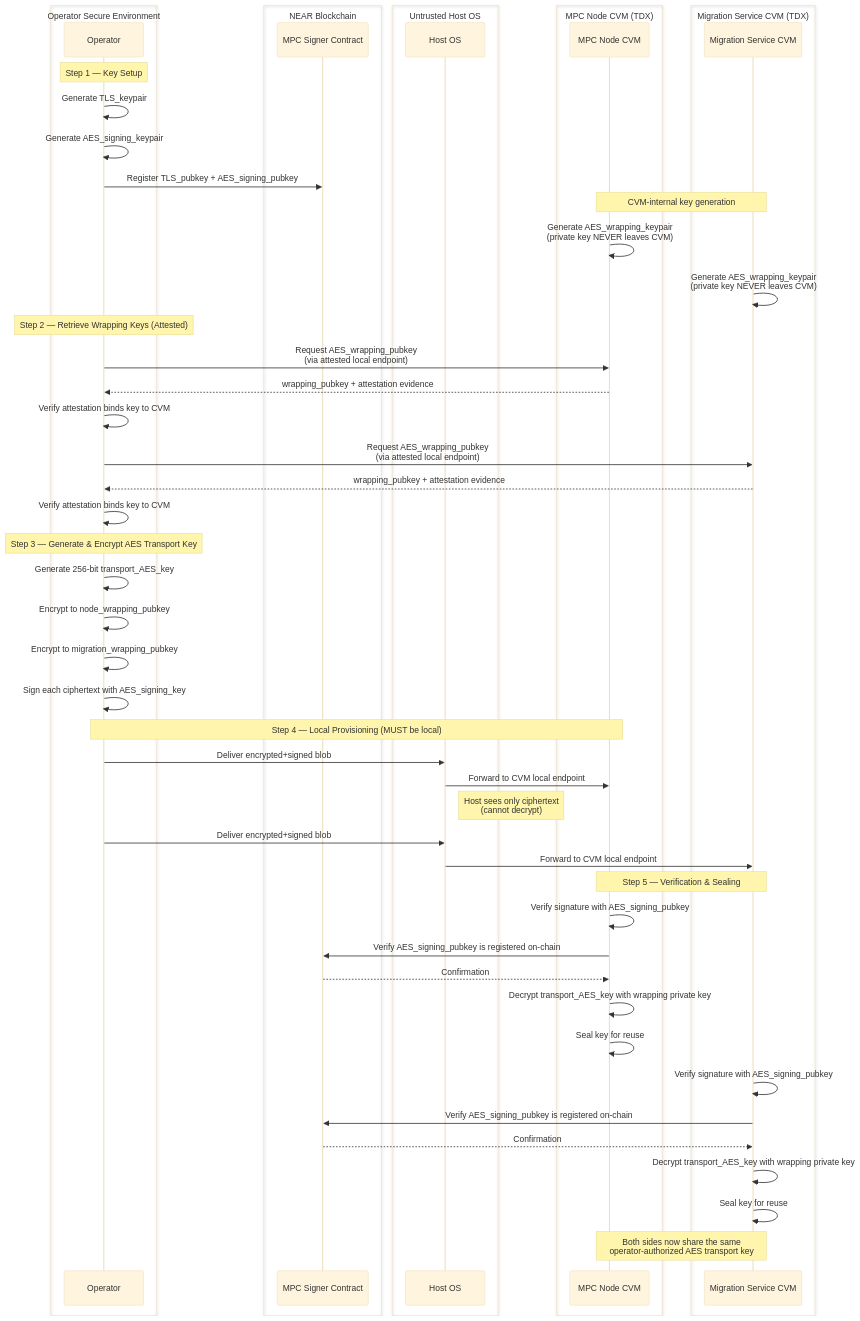
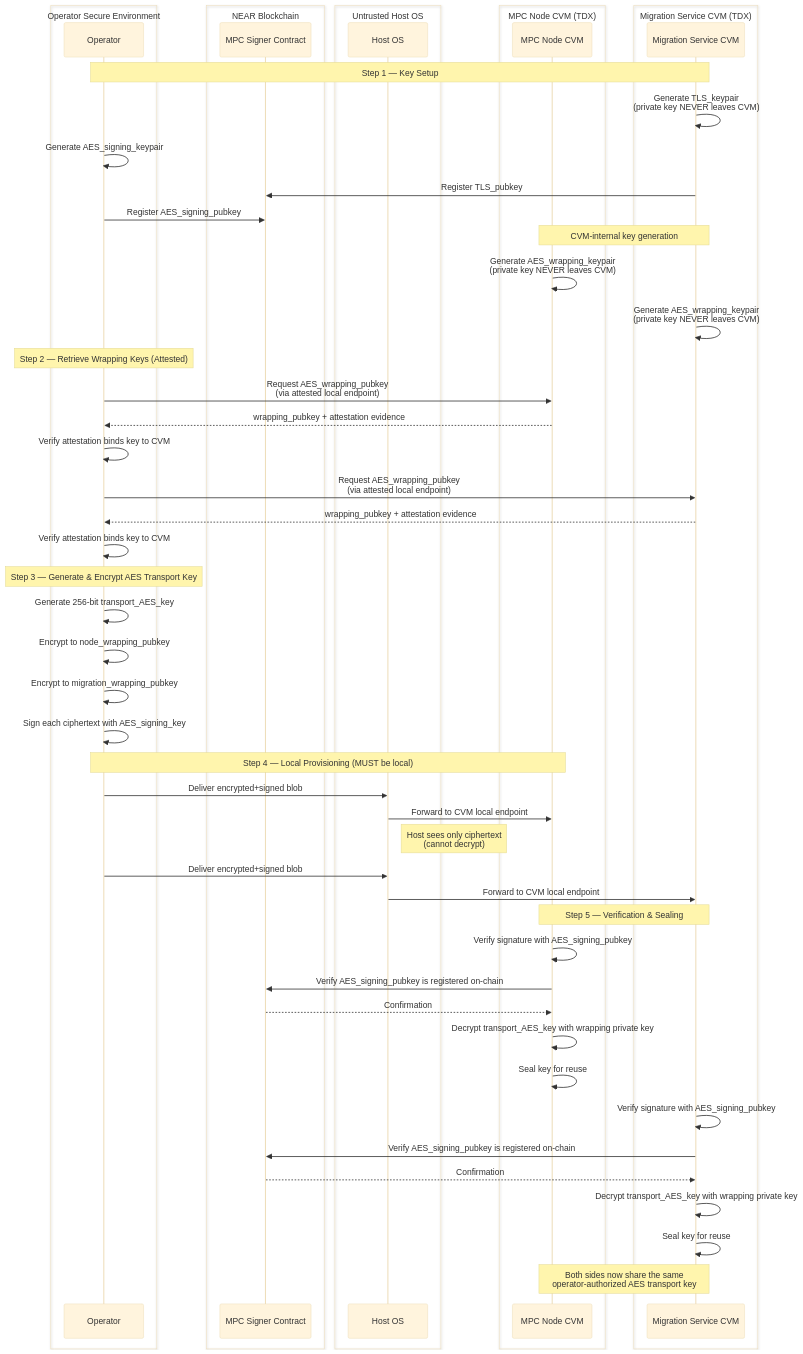
Before and after one commit to near/mpc: the second of 5 diagrams in docs/threat-model-diagram.md, drawn with Mermaid (base theme).

Commit message:
docs: TLS keypair generated by migration service CVM, not operator

````diff
--- a/docs/threat-model-diagram.md
+++ b/docs/threat-model-diagram.md
@@ -165,65 +165,66 @@
 ```mermaid
 sequenceDiagram
     box Operator Secure Environment
         participant OP as Operator
     end
     box NEAR Blockchain
         participant BC as MPC Signer Contract
     end
     box Untrusted Host OS
         participant HOST as Host OS
     end
     box MPC Node CVM (TDX)
         participant NODE as MPC Node CVM
     end
     box Migration Service CVM (TDX)
         participant MIG as Migration Service CVM
     end
 
-    Note over OP: Step 1 — Key Setup
-    OP ->> OP: Generate TLS_keypair
+    Note over OP,MIG: Step 1 — Key Setup
+    MIG ->> MIG: Generate TLS_keypair<br/>(private key NEVER leaves CVM)
     OP ->> OP: Generate AES_signing_keypair
-    OP ->> BC: Register TLS_pubkey + AES_signing_pubkey
+    MIG ->> BC: Register TLS_pubkey
+    OP ->> BC: Register AES_signing_pubkey
 
     Note over NODE,MIG: CVM-internal key generation
     NODE ->> NODE: Generate AES_wrapping_keypair<br/>(private key NEVER leaves CVM)
     MIG ->> MIG: Generate AES_wrapping_keypair<br/>(private key NEVER leaves CVM)
 
     Note over OP: Step 2 — Retrieve Wrapping Keys (Attested)
     OP ->> NODE: Request AES_wrapping_pubkey<br/>(via attested local endpoint)
     NODE -->> OP: wrapping_pubkey + attestation evidence
     OP ->> OP: Verify attestation binds key to CVM
 
     OP ->> MIG: Request AES_wrapping_pubkey<br/>(via attested local endpoint)
     MIG -->> OP: wrapping_pubkey + attestation evidence
     OP ->> OP: Verify attestation binds key to CVM
 
     Note over OP: Step 3 — Generate & Encrypt AES Transport Key
     OP ->> OP: Generate 256-bit transport_AES_key
     OP ->> OP: Encrypt to node_wrapping_pubkey
     OP ->> OP: Encrypt to migration_wrapping_pubkey
     OP ->> OP: Sign each ciphertext with AES_signing_key
 
     Note over OP,NODE: Step 4 — Local Provisioning (MUST be local)
     OP ->> HOST: Deliver encrypted+signed blob
     HOST ->> NODE: Forward to CVM local endpoint
     Note right of HOST: Host sees only ciphertext<br/>(cannot decrypt)
 
     OP ->> HOST: Deliver encrypted+signed blob
     HOST ->> MIG: Forward to CVM local endpoint
 
     Note over NODE,MIG: Step 5 — Verification & Sealing
     NODE ->> NODE: Verify signature with AES_signing_pubkey
     NODE ->> BC: Verify AES_signing_pubkey is registered on-chain
     BC -->> NODE: Confirmation
     NODE ->> NODE: Decrypt transport_AES_key with wrapping private key
     NODE ->> NODE: Seal key for reuse
 
     MIG ->> MIG: Verify signature with AES_signing_pubkey
     MIG ->> BC: Verify AES_signing_pubkey is registered on-chain
     BC -->> MIG: Confirmation
     MIG ->> MIG: Decrypt transport_AES_key with wrapping private key
     MIG ->> MIG: Seal key for reuse
 
     Note over NODE,MIG: Both sides now share the same<br/>operator-authorized AES transport key
 ```
````
